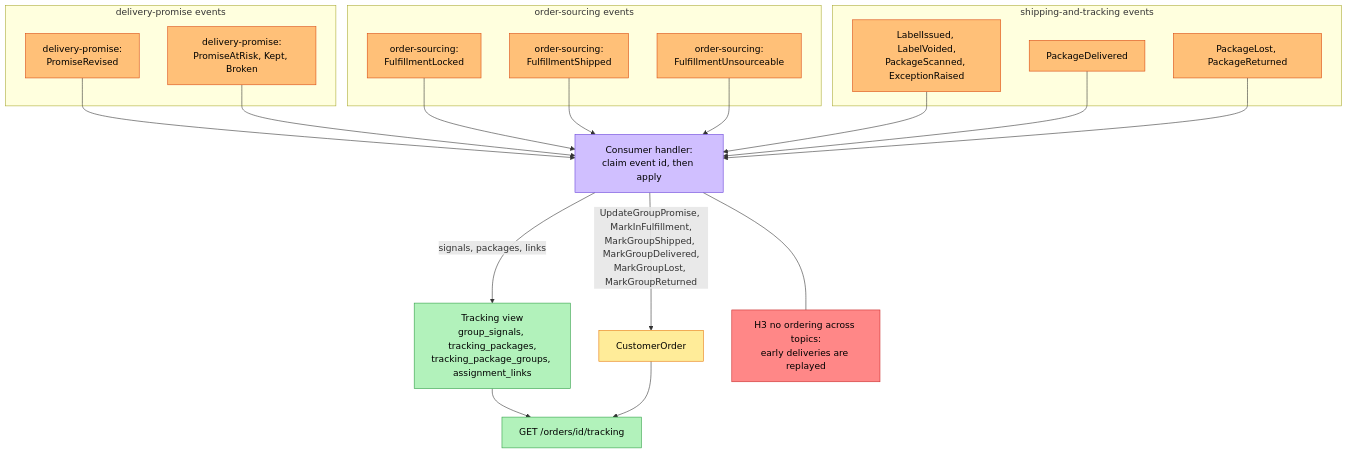
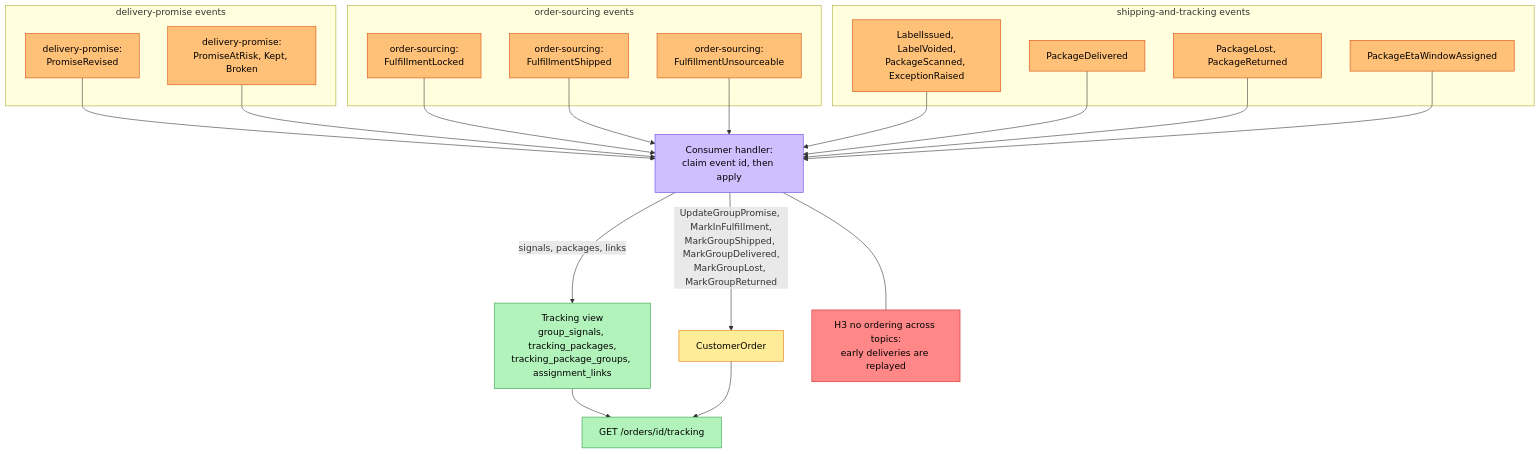
Before and after one commit to IQVO/customer-ordering: the second of 3 diagrams in docs/docs/ddd/eventstorming.md, drawn with Mermaid. The commit also changed 23 other files, not shown here.

First line of the commit message:
feat(tracking): show the ETA window on REST, MCP and A2A; register the consumed type (E3, ADR 0014)

````diff
--- a/docs/docs/ddd/eventstorming.md
+++ b/docs/docs/ddd/eventstorming.md
@@ -77,42 +77,44 @@
 ```mermaid
 flowchart TB
     subgraph PR["delivery-promise events"]
       DE1["delivery-promise:<br/>PromiseRevised"]:::event
       DE2["delivery-promise:<br/>PromiseAtRisk, Kept, Broken"]:::event
     end
     subgraph SO["order-sourcing events"]
       SE1["order-sourcing:<br/>FulfillmentLocked"]:::event
       SE2["order-sourcing:<br/>FulfillmentShipped"]:::event
       SE3["order-sourcing:<br/>FulfillmentUnsourceable"]:::event
     end
     subgraph SH["shipping-and-tracking events"]
       TE1["LabelIssued, LabelVoided,<br/>PackageScanned, ExceptionRaised"]:::event
       TE2["PackageDelivered"]:::event
       TE3["PackageLost, PackageReturned"]:::event
+      TE4["PackageEtaWindowAssigned"]:::event
     end
     P0["Consumer handler:<br/>claim event id, then apply"]:::policy
     G["CustomerOrder"]:::aggregate
     V["Tracking view<br/>group_signals, tracking_packages,<br/>tracking_package_groups, assignment_links"]:::readmodel
     Q1["GET /orders/id/tracking"]:::readmodel
     H3["H3 no ordering across topics:<br/>early deliveries are replayed"]:::hotspot
 
     DE1 --> P0
     DE2 --> P0
     SE1 --> P0
     SE2 --> P0
     SE3 --> P0
     TE1 --> P0
     TE2 --> P0
     TE3 --> P0
+    TE4 --> P0
     P0 -->|"UpdateGroupPromise, MarkInFulfillment,<br/>MarkGroupShipped, MarkGroupDelivered,<br/>MarkGroupLost, MarkGroupReturned"| G
     P0 -->|"signals, packages, links"| V
     V --> Q1
     G --> Q1
     P0 --- H3
 
     classDef event fill:#ffc078,stroke:#d9480f,color:#000
     classDef policy fill:#d0bfff,stroke:#6741d9,color:#000
     classDef aggregate fill:#ffec99,stroke:#e67700,color:#000
     classDef readmodel fill:#b2f2bb,stroke:#2f9e44,color:#000
     classDef hotspot fill:#ff8787,stroke:#c92a2a,color:#000
 ```
````
